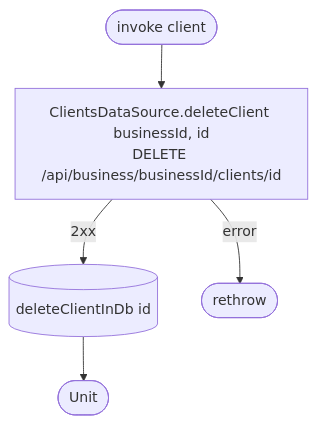
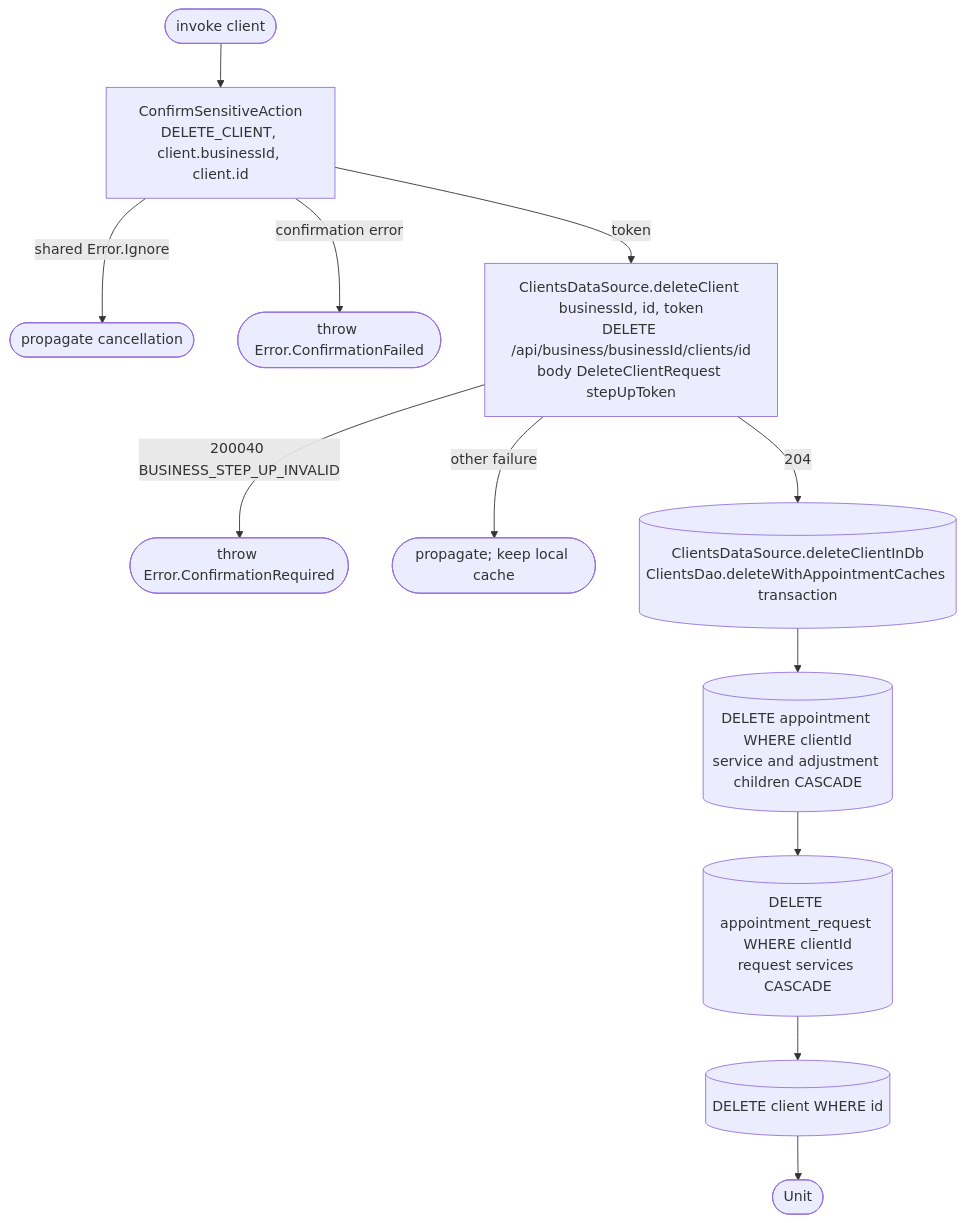
The diagram in docs/operations/clients/delete-client.md (nocturneproperties/bookkme-client), drawn with Mermaid before and after one commit. The commit also changed other lines of this file and 223 other files, not shown here.

````diff
--- a/docs/operations/clients/delete-client.md
+++ b/docs/operations/clients/delete-client.md
@@ -8,7 +7,13 @@
 ```mermaid
 flowchart TD
-    Start([invoke client]) --> Net[ClientsDataSource.deleteClient businessId, id<br/>DELETE /api/business/businessId/clients/id]
-    Net -- 2xx --> Del[(deleteClientInDb id)]
-    Del --> R([Unit])
-    Net -- error --> EX([rethrow])
+    Start([invoke client]) --> Confirm[ConfirmSensitiveAction<br/>DELETE_CLIENT, client.businessId, client.id]
+    Confirm -- shared Error.Ignore --> Cancel([propagate cancellation])
+    Confirm -- confirmation error --> Failed([throw Error.ConfirmationFailed])
+    Confirm -- token --> Net[ClientsDataSource.deleteClient businessId, id, token<br/>DELETE /api/business/businessId/clients/id<br/>body DeleteClientRequest stepUpToken]
+    Net -- 200040 BUSINESS_STEP_UP_INVALID --> Required([throw Error.ConfirmationRequired])
+    Net -- other failure --> Error([propagate; keep local cache])
+    Net -- 204 --> Del[(ClientsDataSource.deleteClientInDb<br/>ClientsDao.deleteWithAppointmentCaches transaction)]
+    Del --> App[(DELETE appointment WHERE clientId<br/>service and adjustment children CASCADE)]
+    App --> Req[(DELETE appointment_request WHERE clientId<br/>request services CASCADE)]
+    Req --> Client[(DELETE client WHERE id)] --> R([Unit])
 ```
````
